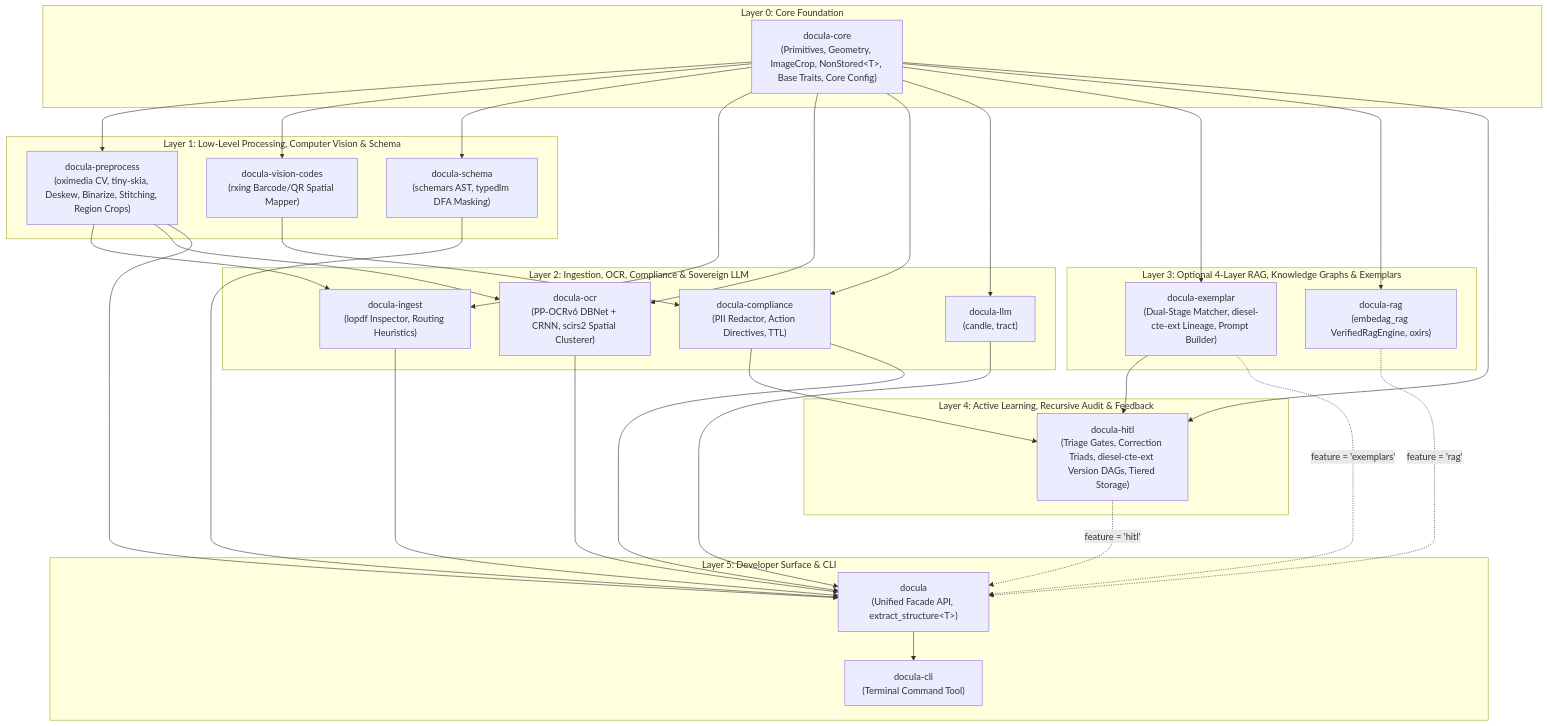
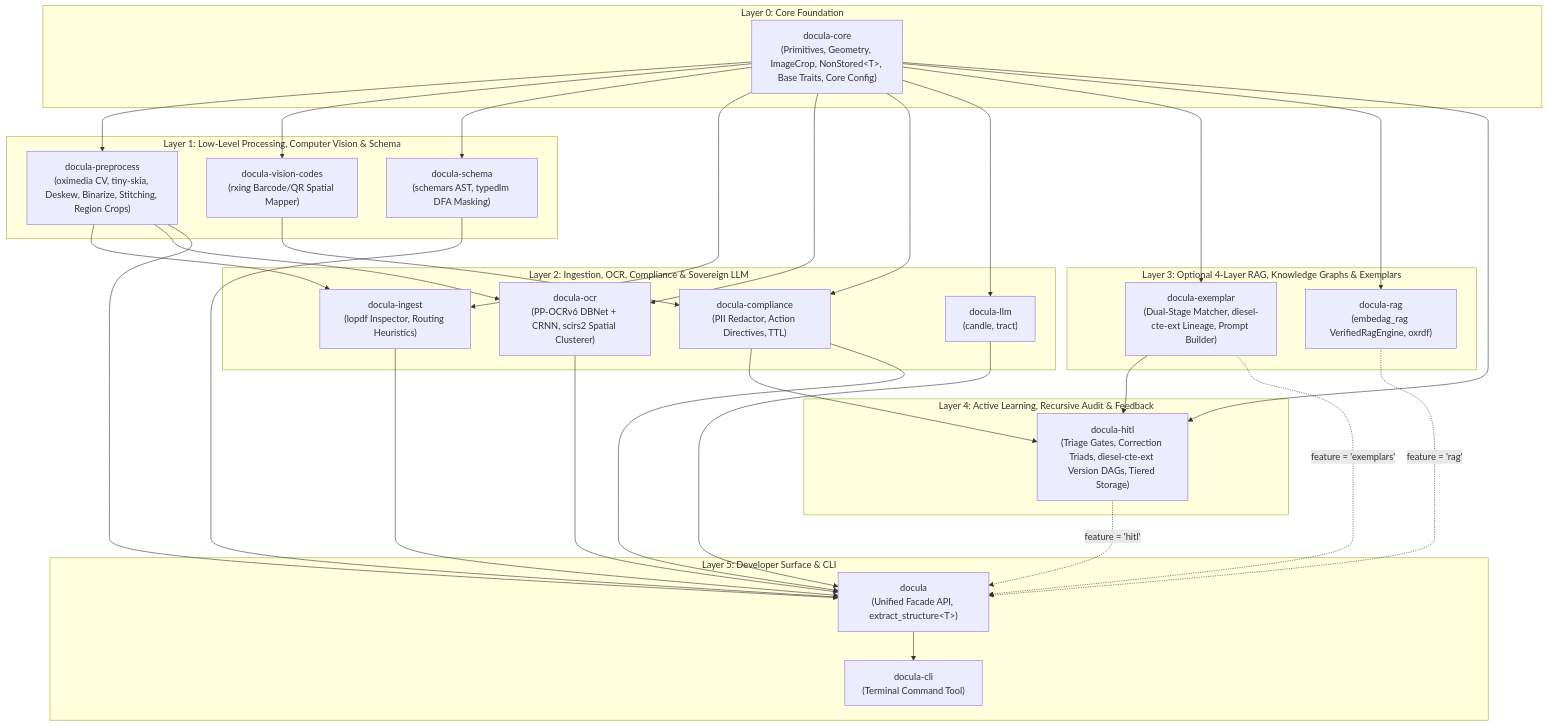
One commit to yasuomaidana/docula changed the diagram in docs/02_DESIGN_PATTERNS_AND_ARCHITECTURE.md. Above: the diagram before and after it, drawn with Mermaid. The commit also changed 12 other files, not shown here.

````diff
--- a/docs/02_DESIGN_PATTERNS_AND_ARCHITECTURE.md
+++ b/docs/02_DESIGN_PATTERNS_AND_ARCHITECTURE.md
@@ -13,59 +13,59 @@
 ```mermaid
 flowchart TD
     subgraph Layer0["Layer 0: Core Foundation"]
         CORE["docula-core<br/>(Primitives, Geometry, ImageCrop, NonStored&lt;T&gt;, Base Traits, Core Config)"]
     end
 
     subgraph Layer1["Layer 1: Low-Level Processing, Computer Vision & Schema"]
         PRE["docula-preprocess<br/>(oximedia CV, tiny-skia, Deskew, Binarize, Stitching, Region Crops)"]
         CODES["docula-vision-codes<br/>(rxing Barcode/QR Spatial Mapper)"]
         SCHEMA["docula-schema<br/>(schemars AST, typedlm DFA Masking)"]
     end
 
     subgraph Layer2["Layer 2: Ingestion, OCR, Compliance & Sovereign LLM"]
         INGEST["docula-ingest<br/>(lopdf Inspector, Routing Heuristics)"]
         OCR["docula-ocr<br/>(PP-OCRv6 DBNet + CRNN, scirs2 Spatial Clusterer)"]
         COMP["docula-compliance<br/>(PII Redactor, Action Directives, TTL)"]
         LLM["docula-llm<br/>(candle, tract)"]
     end
 
     subgraph Layer3["Layer 3: Optional 4-Layer RAG, Knowledge Graphs & Exemplars"]
         EXEMPLAR["docula-exemplar<br/>(Dual-Stage Matcher, diesel-cte-ext Lineage, Prompt Builder)"]
-        RAG["docula-rag<br/>(embedag_rag VerifiedRagEngine, oxirs)"]
+        RAG["docula-rag<br/>(embedag_rag VerifiedRagEngine, oxrdf)"]
     end
 
     subgraph Layer4["Layer 4: Active Learning, Recursive Audit & Feedback"]
         HITL["docula-hitl<br/>(Triage Gates, Correction Triads, diesel-cte-ext Version DAGs, Tiered Storage)"]
     end
 
     subgraph Layer5["Layer 5: Developer Surface & CLI"]
         FACADE["docula<br/>(Unified Facade API, extract_structure&lt;T&gt;)"]
         CLI["docula-cli<br/>(Terminal Command Tool)"]
     end
 
     CORE --> PRE
     CORE --> CODES
     CORE --> SCHEMA
     CORE --> INGEST
     PRE --> INGEST
     CORE --> OCR
     PRE --> OCR
     CORE --> COMP
     CODES --> COMP
     CORE --> LLM
     CORE --> EXEMPLAR
     CORE --> RAG
     CORE --> HITL
     EXEMPLAR --> HITL
     COMP --> HITL
     INGEST --> FACADE
     PRE --> FACADE
     OCR --> FACADE
     SCHEMA --> FACADE
     LLM --> FACADE
     COMP --> FACADE
     EXEMPLAR -.->|feature = 'exemplars'| FACADE
     RAG -.->|feature = 'rag'| FACADE
     HITL -.->|feature = 'hitl'| FACADE
     FACADE --> CLI
 ```
````
